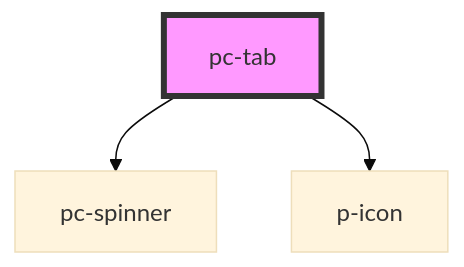
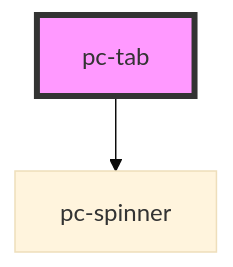
Before and after one commit to redvars/peacock: the diagram in src/components/tabs/tab/readme.md, drawn with Mermaid (base theme). The commit also changed other lines of this file and 135 other files, not shown here.

````diff
--- a/src/components/tabs/tab/readme.md
+++ b/src/components/tabs/tab/readme.md
@@ -62,6 +61,5 @@
 ```mermaid
 graph TD;
   pc-tab --> pc-spinner
-  pc-tab --> p-icon
   style pc-tab fill:#f9f,stroke:#333,stroke-width:4px
 ```
````
